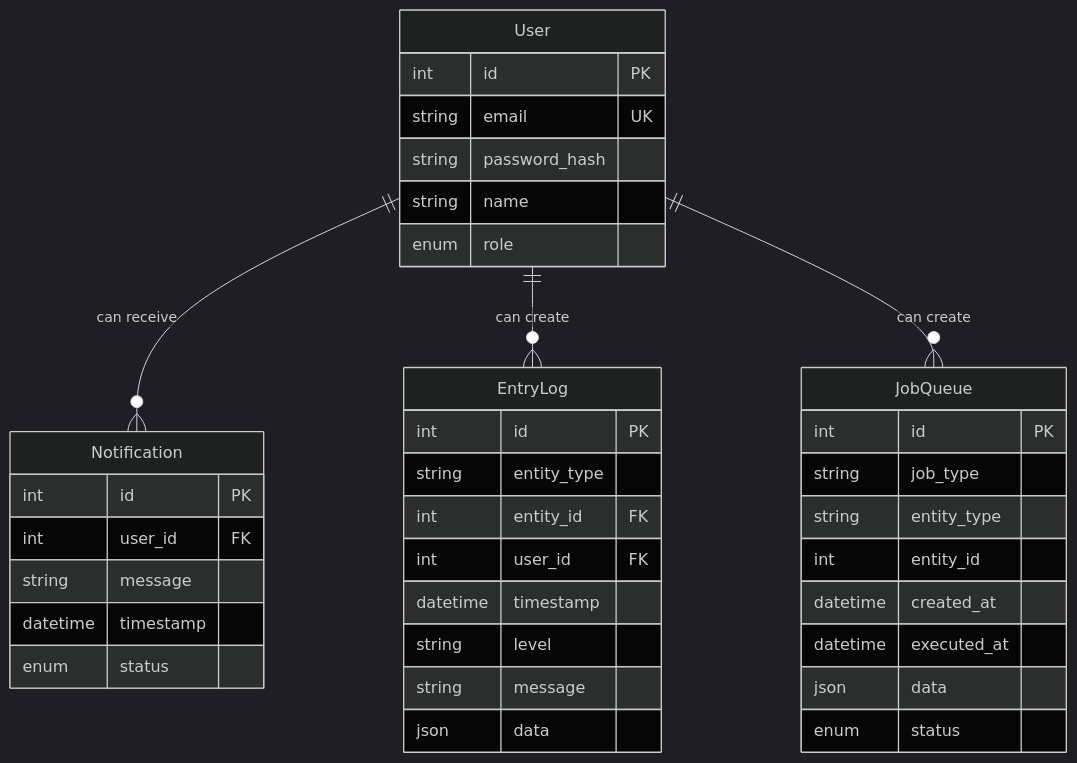
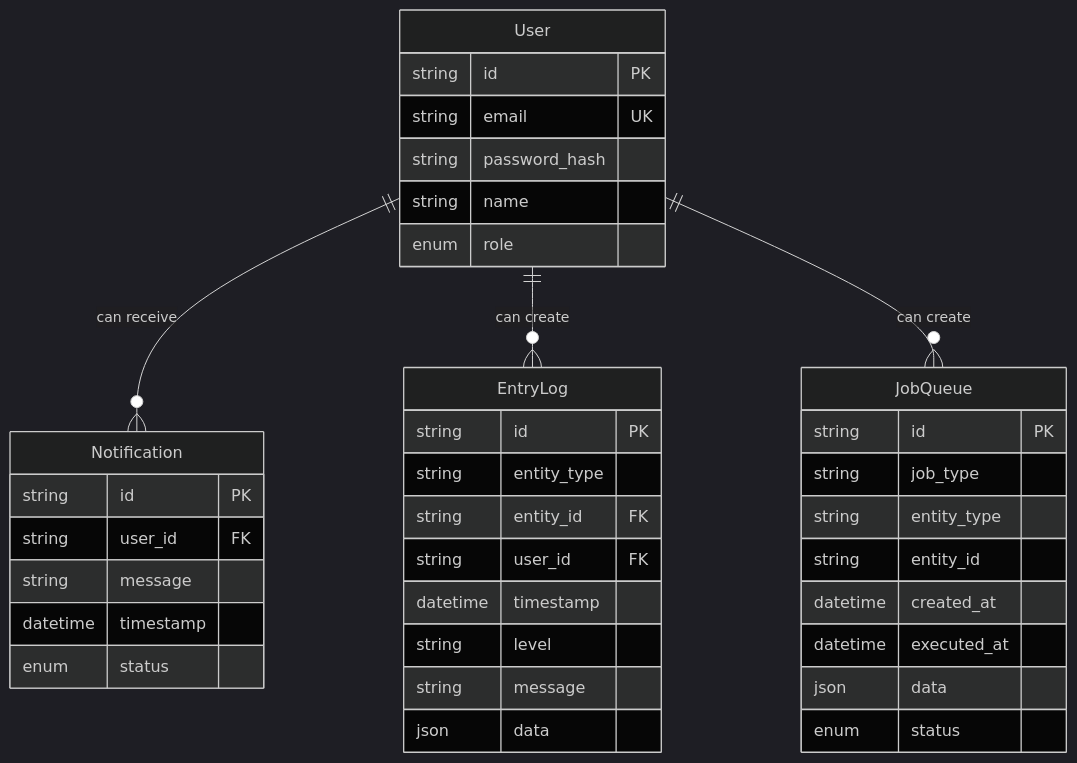
The diagram in profile/3-implementation/5_0-system.schema.md (AstroBookings/.github), drawn with Mermaid (dark theme) before and after one commit. The commit also changed other lines of this file and 2 other files, not shown here.

Commit message:
fix: id keys as string

````diff
--- a/profile/3-implementation/5_0-system.schema.md
+++ b/profile/3-implementation/5_0-system.schema.md
@@ -7,45 +7,45 @@
 ```mermaid
 erDiagram
     User {
-        int id PK
+        string id PK
         string email UK
         string password_hash
         string name
         enum role
     }
 
     Notification {
-        int id PK
-        int user_id FK
+        string id PK
+        string user_id FK
         string message
         datetime timestamp
         enum status
     }
 
     EntryLog {
-        int id PK
+        string id PK
         string entity_type
-        int entity_id FK
-        int user_id FK
+        string entity_id FK
+        string user_id FK
         datetime timestamp
         string level
         string message
         json data
     }
 
     JobQueue {
-        int id PK
+        string id PK
         string job_type
         string entity_type
-        int entity_id
+        string entity_id
         datetime created_at
         datetime executed_at
         json data
         enum status
     }
 
     User ||--o{ Notification : "can receive"
     User ||--o{ EntryLog : "can create"
     User ||--o{ JobQueue : "can create"
 
 ```
````
